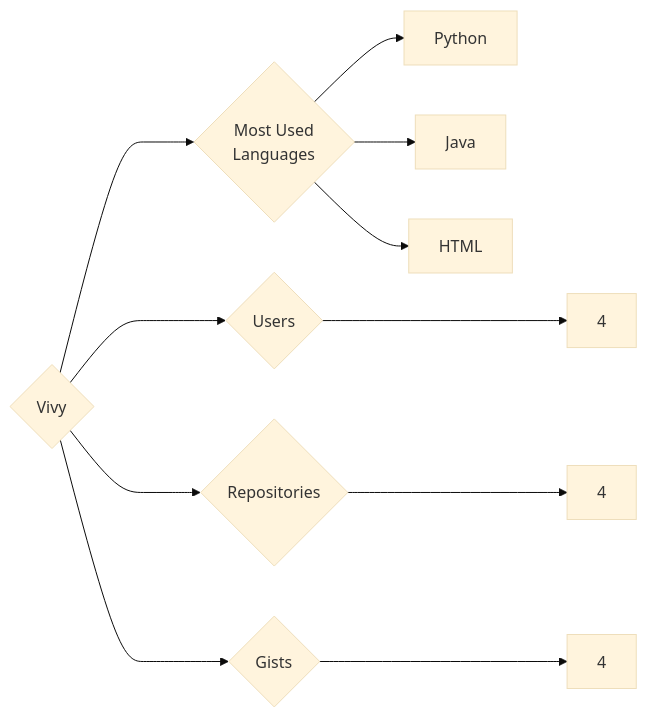
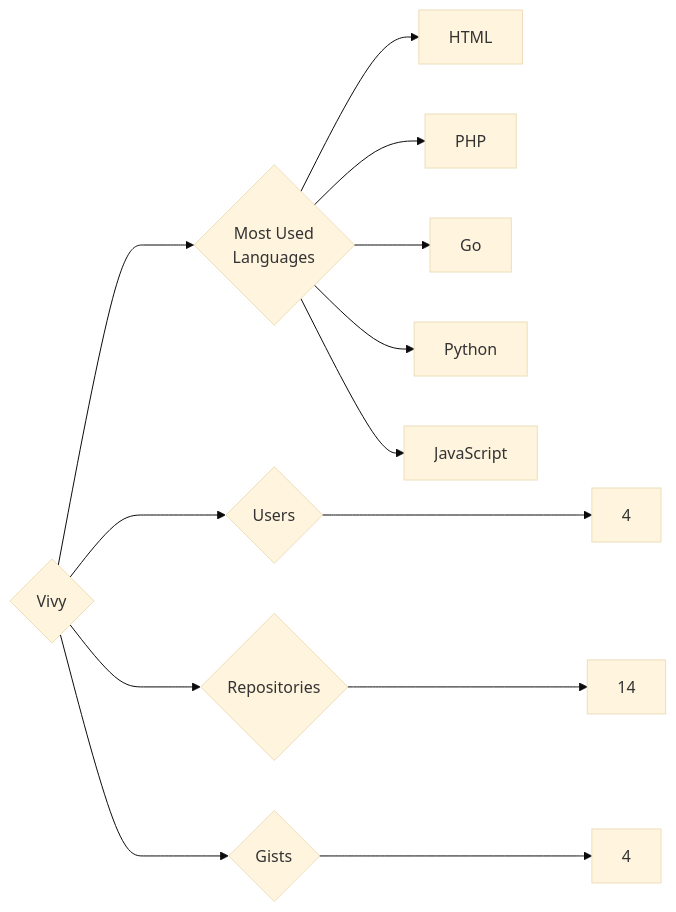
The diagram in targets/Vivy/README.md (trickest/insiders), drawn with Mermaid (base theme) before and after one commit. The commit also changed 969 other files, not shown here.

````diff
--- a/targets/Vivy/README.md
+++ b/targets/Vivy/README.md
@@ -3,11 +3,13 @@
 ```mermaid
 graph LR
 COMPANY_NAME{Vivy}
 COMPANY_NAME ---> U{Users} ---> UN[4]
-COMPANY_NAME ---> R{Repositories} ---> RN[4]
+COMPANY_NAME ---> R{Repositories} ---> RN[14]
 COMPANY_NAME ---> G{Gists} ---> GN[4]
 COMPANY_NAME ---> ML{Most Used<br>Languages}
+ML --> HTML[HTML]
+ML --> PHP[PHP]
+ML --> Go[Go]
 ML --> Python[Python]
-ML --> Java[Java]
-ML --> HTML[HTML]
+ML --> JavaScript[JavaScript]
 ```
````
